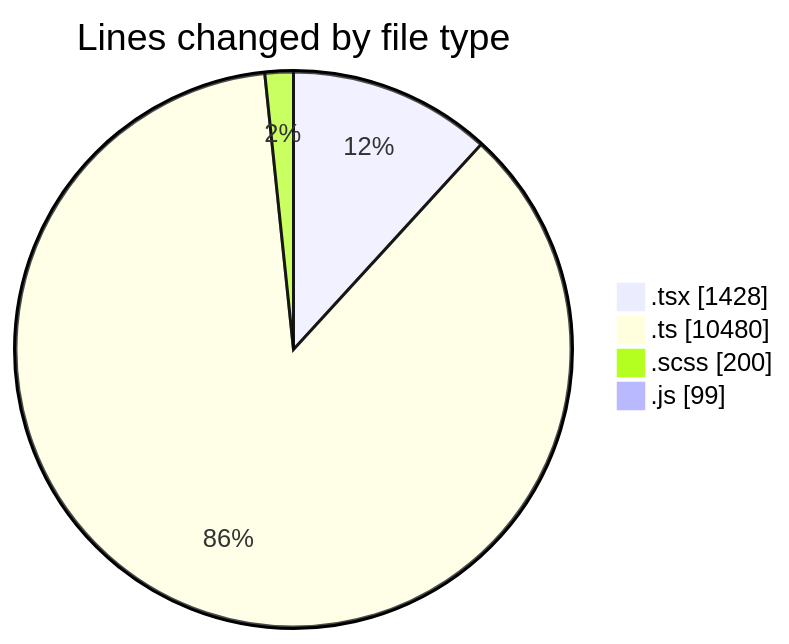
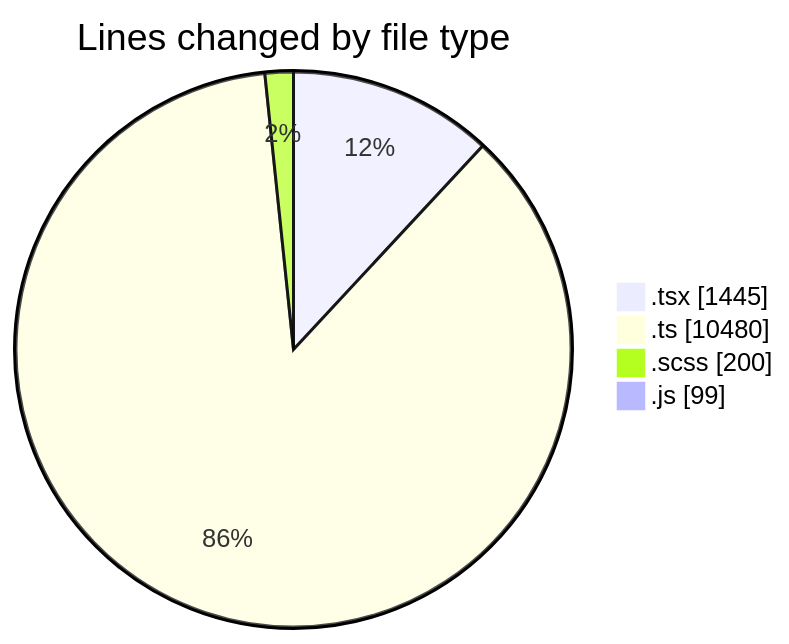
Before and after one commit to momahboobian/code-tracking: the first of 2 diagrams in 2025-03-26/cda/README.md, drawn with Mermaid. The commit also changed other lines of this file and 1 other file, not shown here.

````diff
--- a/2025-03-26/cda/README.md
+++ b/2025-03-26/cda/README.md
@@ -43,8 +43,8 @@
 ```mermaid
 pie showData
 title Lines changed by file type
-".tsx" : 1428
+".tsx" : 1445
 ".ts" : 10480
 ".scss" : 200
 ".js" : 99
 ```
````
